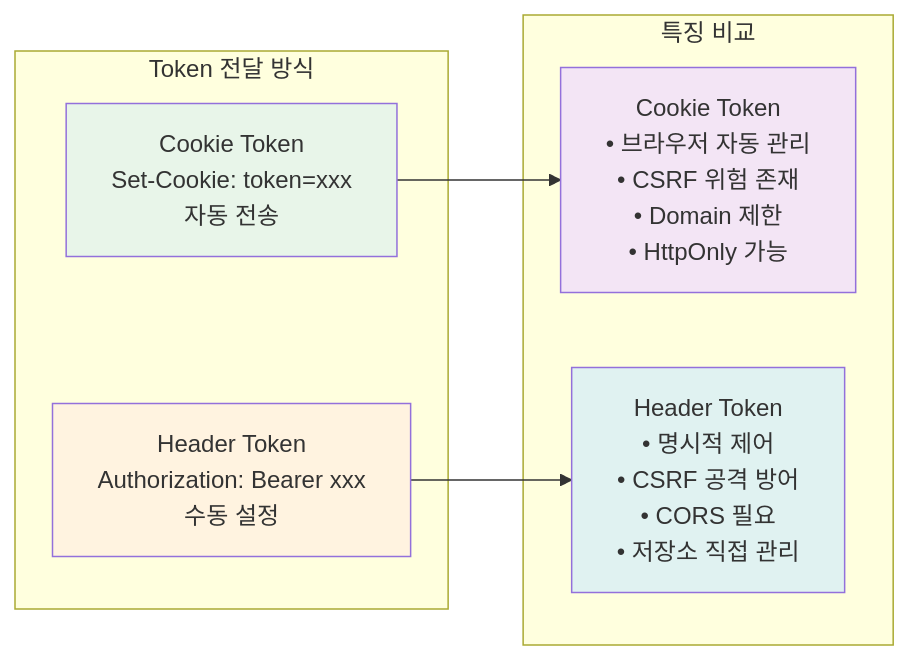
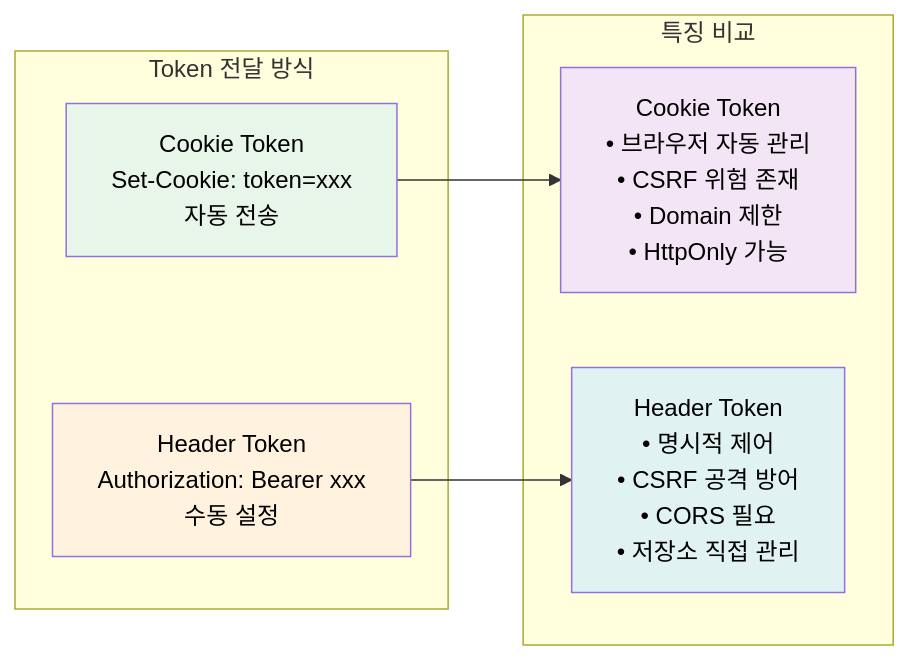
Before and after one commit to isinthesky/isinthesky: the first of 7 diagrams in study/msa-experience/3-auth.md, drawn with Mermaid. The commit also changed other lines of this file and 4 other files, not shown here.

````diff
--- a/study/msa-experience/3-auth.md
+++ b/study/msa-experience/3-auth.md
@@ -9,20 +9,20 @@
 ```mermaid
 graph LR
     subgraph "Token 전달 방식"
         Cookie[Cookie Token<br/>Set-Cookie: token=xxx<br/>자동 전송]
         Header[Header Token<br/>Authorization: Bearer xxx<br/>수동 설정]
     end
     
     subgraph "특징 비교"
         CookieFeatures[Cookie Token<br/>• 브라우저 자동 관리<br/>• CSRF 위험 존재<br/>• Domain 제한<br/>• HttpOnly 가능]
         HeaderFeatures[Header Token<br/>• 명시적 제어<br/>• CSRF 공격 방어<br/>• CORS 필요<br/>• 저장소 직접 관리]
     end
     
     Cookie --> CookieFeatures
     Header --> HeaderFeatures
     
-    style Cookie fill:#e8f5e9
-    style Header fill:#fff3e0
-    style CookieFeatures fill:#f3e5f5
-    style HeaderFeatures fill:#e0f2f1
+    style Cookie fill:#e8f5e9,color:#000
+    style Header fill:#fff3e0,color:#000
+    style CookieFeatures fill:#f3e5f5,color:#000
+    style HeaderFeatures fill:#e0f2f1,color:#000
 ```
````
